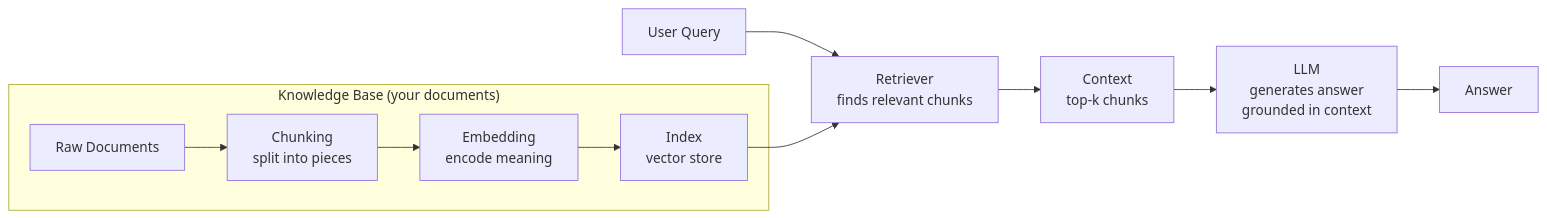
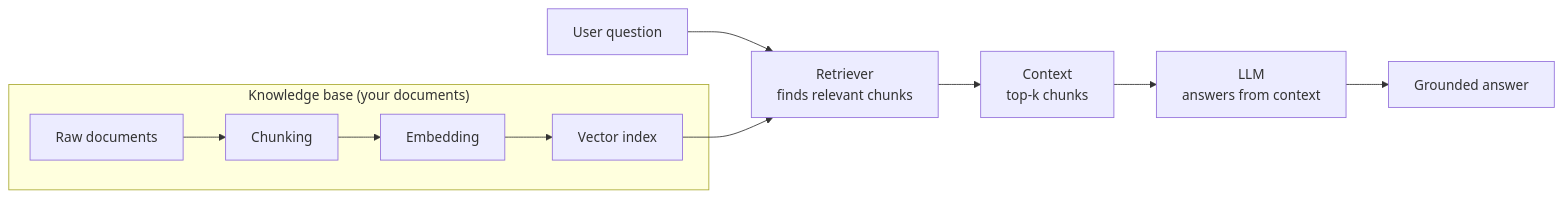
Before and after one commit to mdhasnainali/explore-rag-techniques: the first of 2 diagrams in README.md, drawn with Mermaid. The commit also changed other lines of this file, not shown here.

````diff
--- a/README.md
+++ b/README.md
@@ -15,15 +51,15 @@
 ```mermaid
 flowchart LR
-    Q[User Query] --> R[Retriever\nfinds relevant chunks]
+    Q[User question] --> R[Retriever\nfinds relevant chunks]
     R --> C[Context\ntop-k chunks]
-    C --> L[LLM\ngenerates answer\ngrounded in context]
-    L --> A[Answer]
+    C --> L[LLM\nanswers from context]
+    L --> A[Grounded answer]
 
-    subgraph knowledge["Knowledge Base (your documents)"]
-        D[Raw Documents] --> CH[Chunking\nsplit into pieces]
-        CH --> EM[Embedding\nencode meaning]
-        EM --> IX[Index\nvector store]
+    subgraph kb["Knowledge base (your documents)"]
+        D[Raw documents] --> CH[Chunking]
+        CH --> EM[Embedding]
+        EM --> IX[Vector index]
     end
 
     IX --> R
 ```
````
